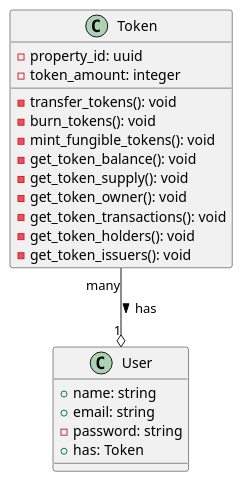
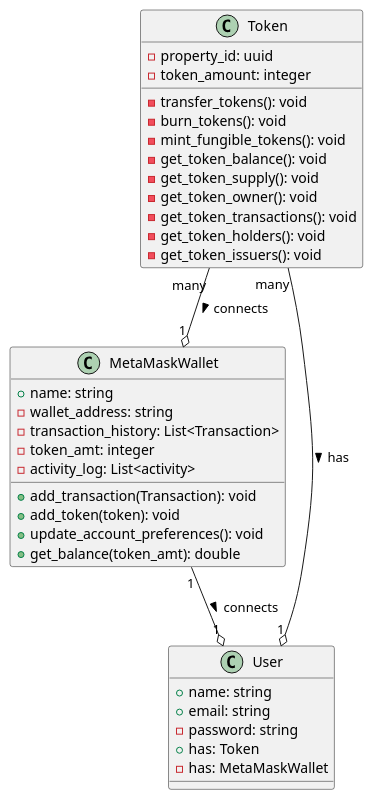
One commit to reft-natan-m/reft changed the diagram in class_diagram.puml. Above: the diagram before and after it, drawn with PlantUML.

Commit message:
Added the MetaMask wallet connection with the Token and the User

```diff
--- a/class_diagram.puml
+++ b/class_diagram.puml
@@ -1,45 +1,61 @@
 @startuml ClassDiagram
 /'
 To run this diagram, you can use the following URL:
 http://www.plantuml.com/plantuml/uml/
 
 In VS Code, you can use the PlantUML extension to preview the diagram.
 https://marketplace.visualstudio.com/items?itemName=jebbs.plantuml
 Be sure to set your settings to use the plantuml server to render and add the main uml server link
 
 class diagram guidelines:
 https://plantuml.com/class-diagram
 '/
 
 
 /'
 Token class
 
 This class represents a fungible token.
 It is based off the ERC-1155 specification.
 https://ethereum.org/en/developers/docs/standards/tokens/erc-1155/
 https://docs.openzeppelin.com/contracts/3.x/erc1155
 '/
 class Token {
     - property_id: uuid
     - token_amount: integer
     - transfer_tokens(): void
     - burn_tokens(): void
     - mint_fungible_tokens(): void
     - get_token_balance(): void
     - get_token_supply(): void
     - get_token_owner(): void
     - get_token_transactions(): void
     - get_token_holders(): void
     - get_token_issuers(): void
 }
 
+class MetaMaskWallet {
+ + name: string
+ - wallet_address: string
+ - transaction_history: List<Transaction>
+ - token_amt: integer
+ - activity_log: List<activity>
+ + add_transaction(Transaction): void
+ + add_token(token): void
+ + update_account_preferences(): void
+ + get_balance(token_amt): double
+}
+
+
 class User {
     + name: string
     + email: string
     - password: string
     + has: Token
+    - has: MetaMaskWallet
 }
 
 Token "many" --o "1" User: has >
+MetaMaskWallet "1" --o  "1" User: connects >
+Token "many" --o "1" MetaMaskWallet: connects >
 @enduml
```
